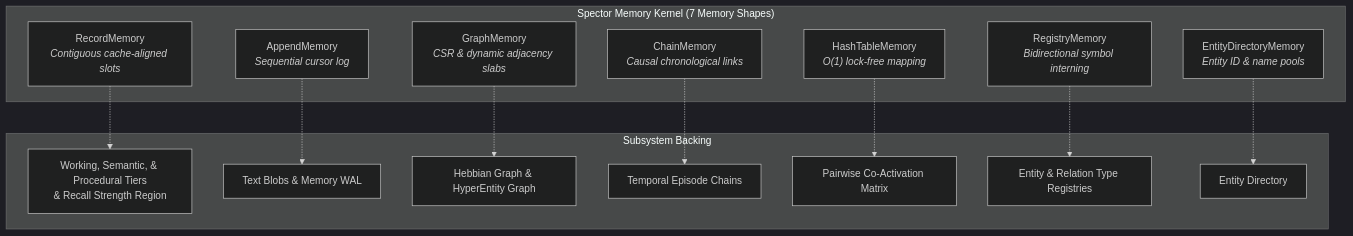
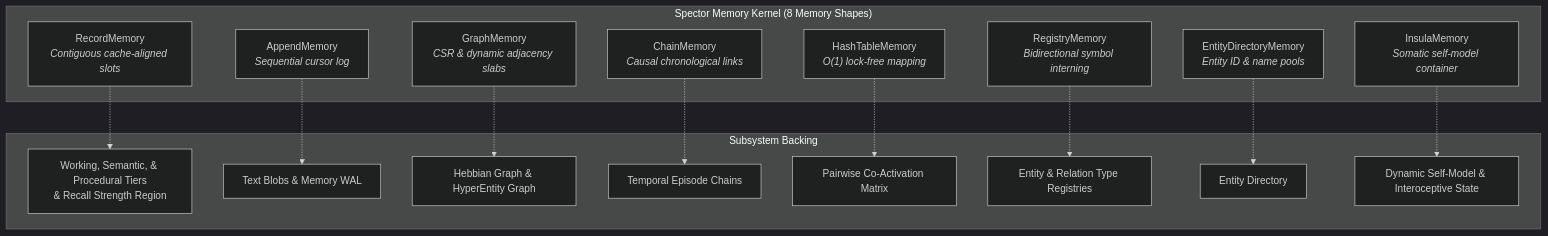
One commit to spectrayan/spector changed the second of 5 diagrams in docs/docs/memory/panama-design.md. Above: the diagram before and after it, drawn with Mermaid (dark theme). The commit also changed other lines of this file and 6 other files, not shown here.

First line of the commit message:
docs(kernel): document InsulaMemory and decoupled identity plane hierarchy

````diff
--- a/docs/docs/memory/panama-design.md
+++ b/docs/docs/memory/panama-design.md
@@ -61,30 +61,33 @@
 ```mermaid
 flowchart TD
-    subgraph "Spector Memory Kernel (7 Memory Shapes)"
+    subgraph "Spector Memory Kernel (8 Memory Shapes)"
         RM["RecordMemory<br/><i>Contiguous cache-aligned slots</i>"]
         AM["AppendMemory<br/><i>Sequential cursor log</i>"]
         GM["GraphMemory<br/><i>CSR & dynamic adjacency slabs</i>"]
         CM["ChainMemory<br/><i>Causal chronological links</i>"]
         HM["HashTableMemory<br/><i>O(1) lock-free mapping</i>"]
         YM["RegistryMemory<br/><i>Bidirectional symbol interning</i>"]
         EM["EntityDirectoryMemory<br/><i>Entity ID & name pools</i>"]
+        IM["InsulaMemory<br/><i>Somatic self-model container</i>"]
     end
 
     subgraph "Subsystem Backing"
         RM_C["Working, Semantic, & Procedural Tiers<br/>& Recall Strength Region"]
         AM_C["Text Blobs & Memory WAL"]
         GM_C["Hebbian Graph & HyperEntity Graph"]
         CM_C["Temporal Episode Chains"]
         HM_C["Pairwise Co-Activation Matrix"]
         YM_C["Entity & Relation Type Registries"]
         EM_C["Entity Directory"]
+        IM_C["Dynamic Self-Model & Interoceptive State"]
     end
 
     RM -.-> RM_C
     AM -.-> AM_C
     GM -.-> GM_C
     CM -.-> CM_C
     HM -.-> HM_C
     YM -.-> YM_C
     EM -.-> EM_C
+    IM -.-> IM_C
 ```
````
